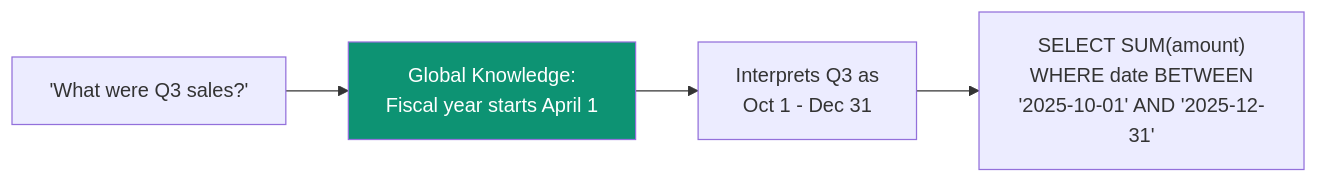
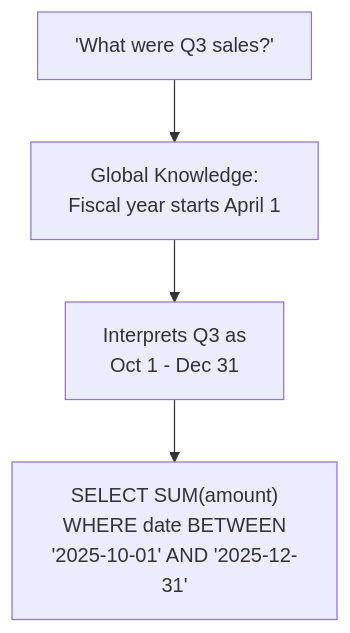
One commit to ashishsuperatom/tech-docs changed the second of 6 diagrams in ip/tribal-knowledge.mdx. Above: the diagram before and after it, drawn with Mermaid. The commit also changed other lines of this file and 37 other files, not shown here.

First line of the commit message:
Clean up docs: remove em-dashes, fix mermaid diagrams, remove emojis

````diff
--- a/ip/tribal-knowledge.mdx
+++ b/ip/tribal-knowledge.mdx
@@ -67,10 +65,9 @@
 ```mermaid
-flowchart LR
+flowchart TD
     Q["'What were Q3 sales?'"] --> GLOBAL["Global Knowledge:<br>Fiscal year starts April 1"]
 
     GLOBAL --> INTERPRET["Interprets Q3 as<br>Oct 1 - Dec 31"]
 
     INTERPRET --> SQL["SELECT SUM(amount)<br>WHERE date BETWEEN<br>'2025-10-01' AND '2025-12-31'"]
 
-    style GLOBAL fill:#0D9373,color:#fff
 ```
````
